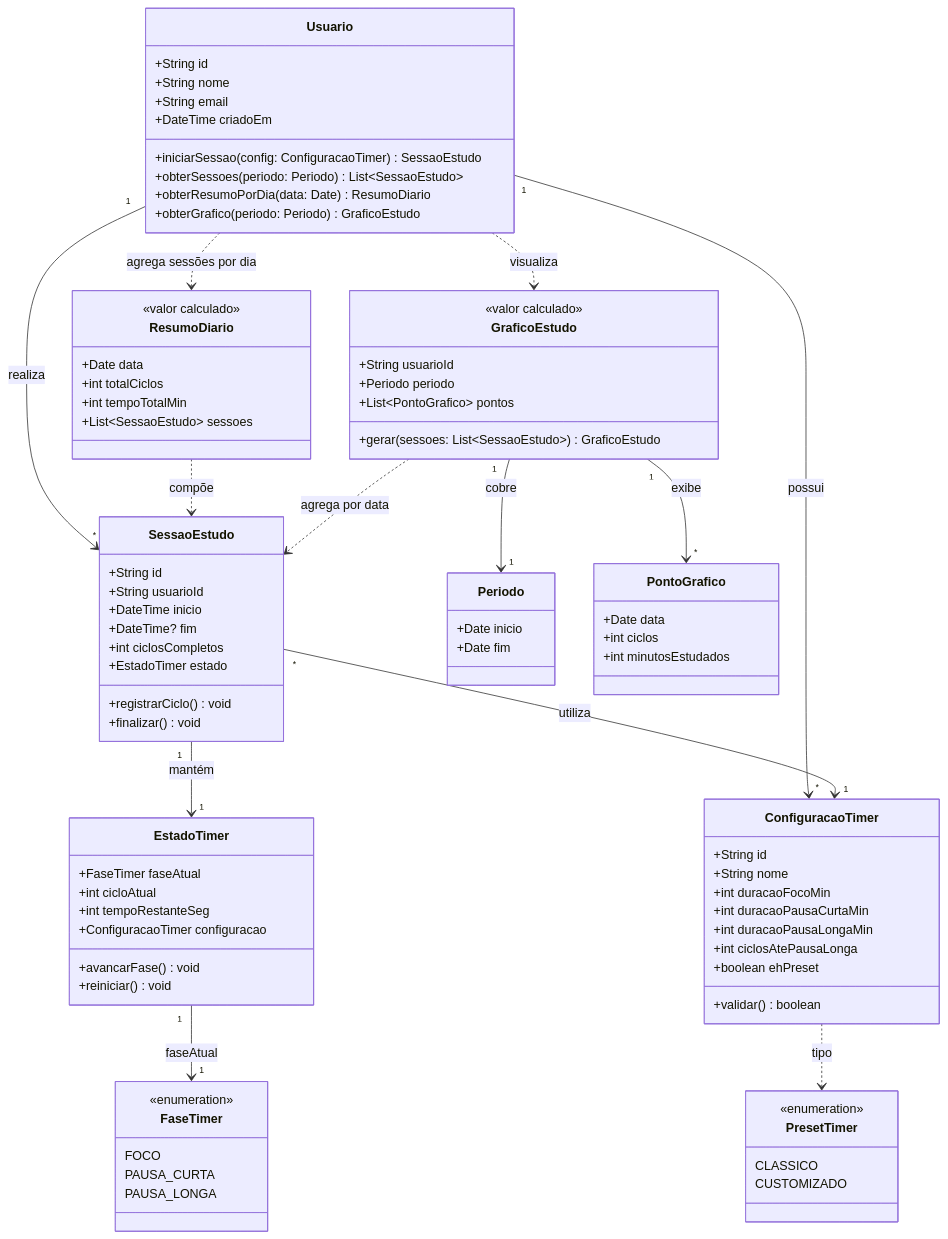
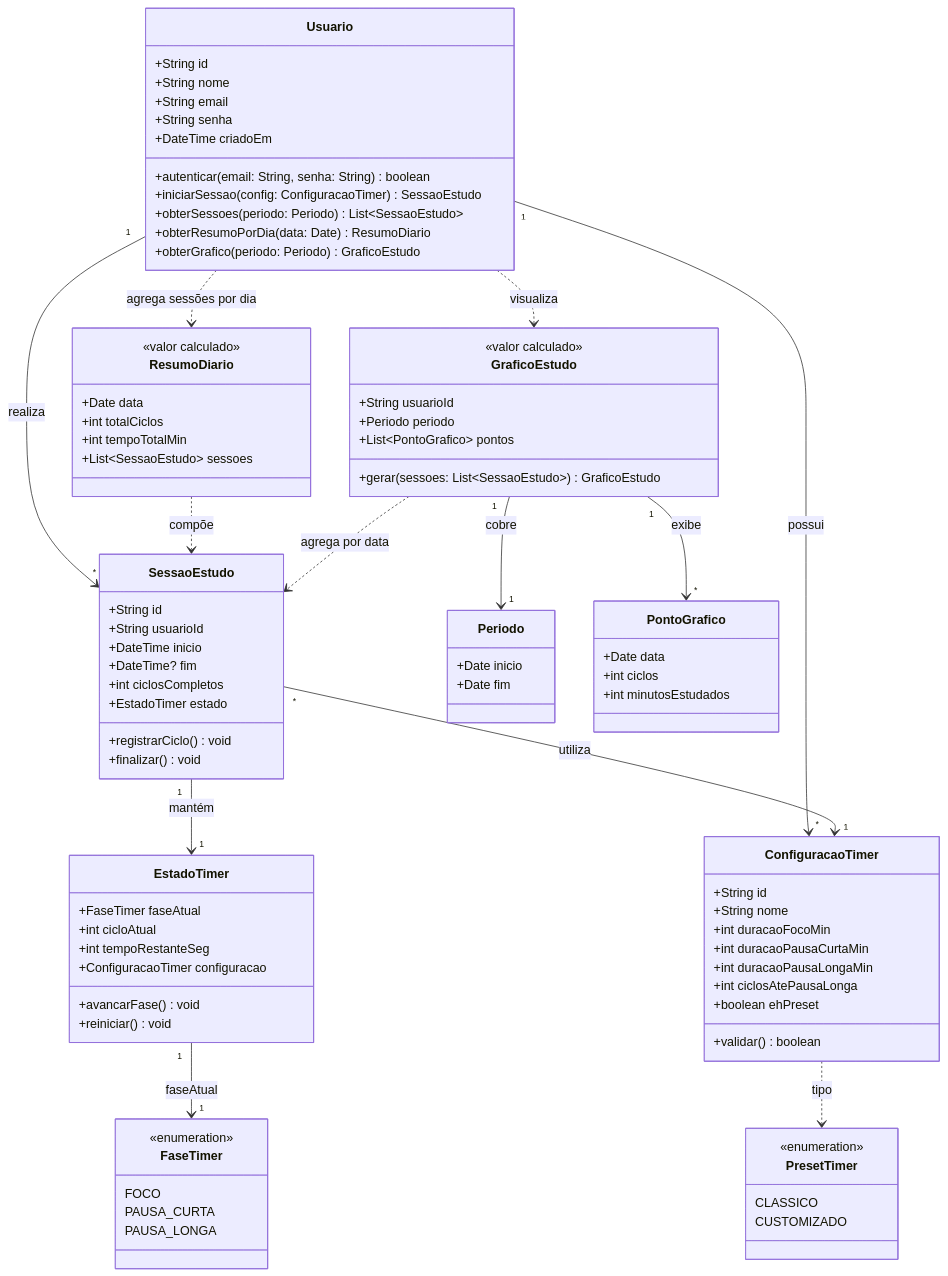
The diagram in README.md (LucasDanielP/Trabalho-PI1), drawn with Mermaid before and after one commit. The commit also changed other lines of this file and 21 other files, not shown here.

```diff
--- a/README.md
+++ b/README.md
@@ -56,7 +56,9 @@
         +String id
         +String nome
         +String email
+        +String senha
         +DateTime criadoEm
+        +autenticar(email: String, senha: String) boolean
         +iniciarSessao(config: ConfiguracaoTimer) SessaoEstudo
         +obterSessoes(periodo: Periodo) List~SessaoEstudo~
         +obterResumoPorDia(data: Date) ResumoDiario
```
